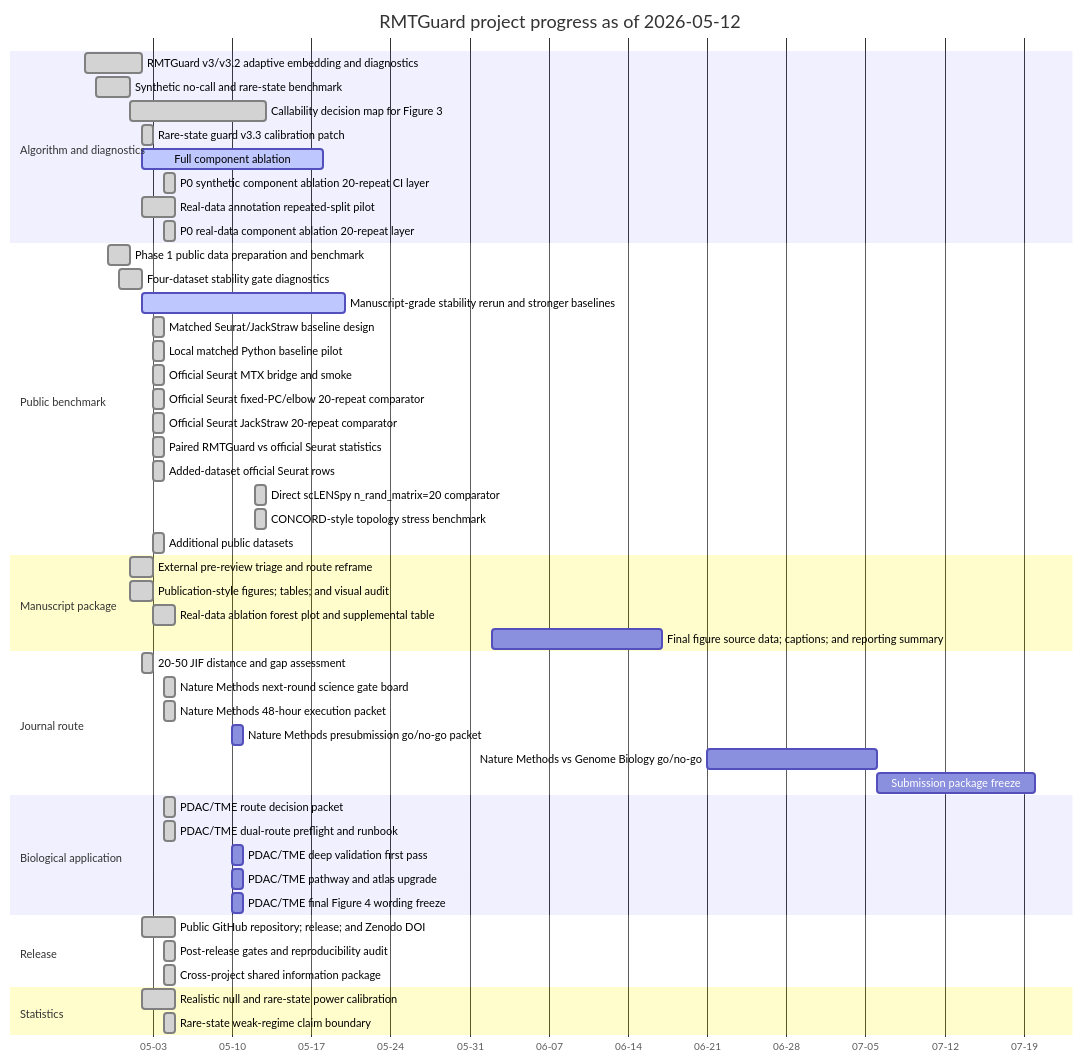
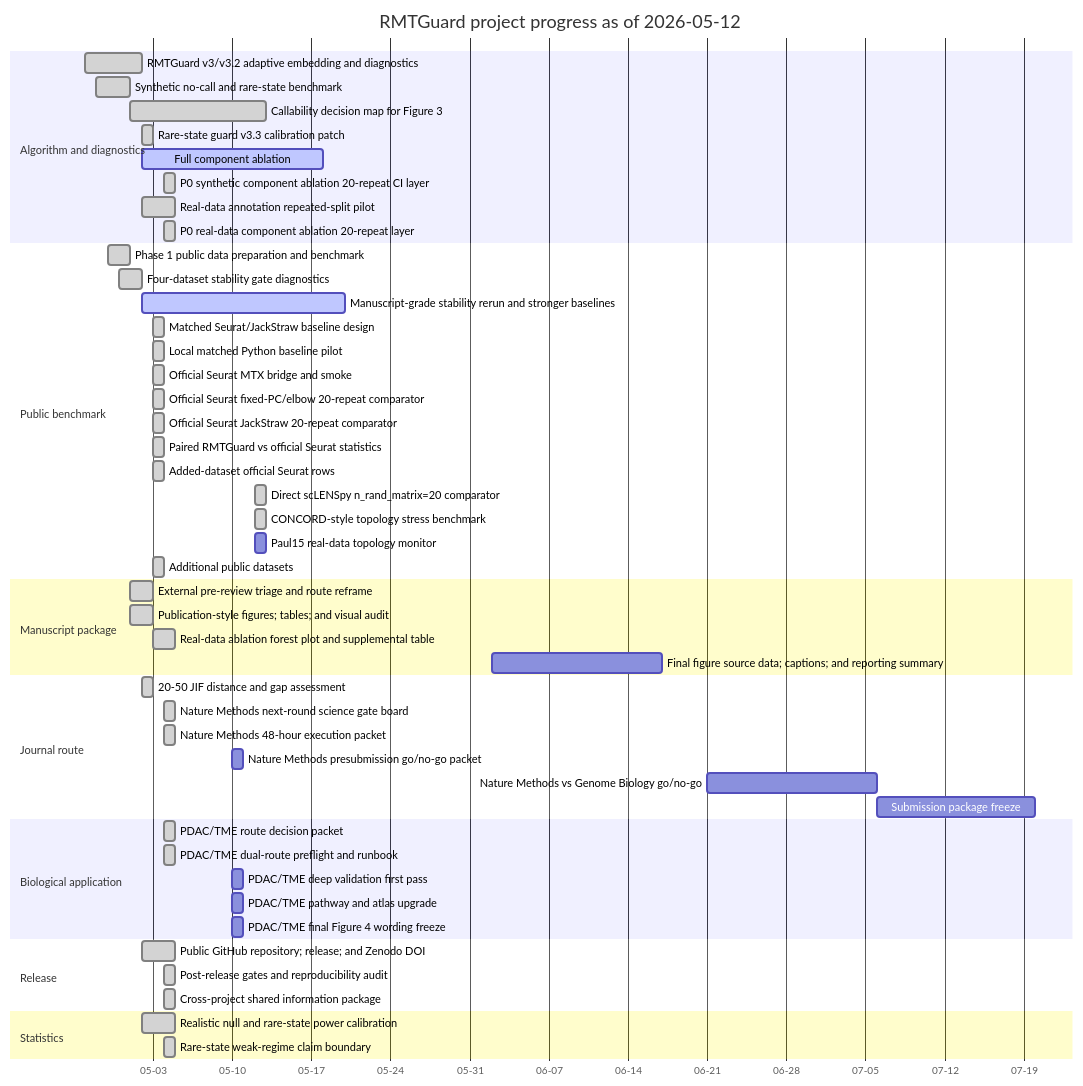
One commit to healthgreat/rmtguard changed the diagram in results/project_management/rmtguard_project_gantt.md. Above: the diagram before and after it, drawn with Mermaid. The commit also changed other lines of this file and 23 other files, not shown here.

Commit message:
Add Paul15 real-data topology monitor

````diff
--- a/results/project_management/rmtguard_project_gantt.md
+++ b/results/project_management/rmtguard_project_gantt.md
@@ -13,54 +13,55 @@
 ```mermaid
 gantt
     title RMTGuard project progress as of 2026-05-12
     dateFormat  YYYY-MM-DD
     axisFormat  %m-%d
     section Algorithm and diagnostics
     RMTGuard v3/v3.2 adaptive embedding and diagnostics :done, T01, 2026-04-27, 5d
     Synthetic no-call and rare-state benchmark :done, T02, 2026-04-28, 3d
     Callability decision map for Figure 3 :done, T03, 2026-05-01, 12d
     Rare-state guard v3.3 calibration patch :done, T04, 2026-05-02, 1d
     Full component ablation :active, T18, 2026-05-02, 16d
     P0 synthetic component ablation 20-repeat CI layer :done, T19, 2026-05-04, 1d
     Real-data annotation repeated-split pilot :done, T20, 2026-05-02, 3d
     P0 real-data component ablation 20-repeat layer :done, T21, 2026-05-04, 1d
     section Public benchmark
     Phase 1 public data preparation and benchmark :done, T05, 2026-04-29, 2d
     Four-dataset stability gate diagnostics :done, T06, 2026-04-30, 2d
     Manuscript-grade stability rerun and stronger baselines :active, T17, 2026-05-02, 18d
     Matched Seurat/JackStraw baseline design :done, T23, 2026-05-03, 1d
     Local matched Python baseline pilot :done, T24, 2026-05-03, 1d
     Official Seurat MTX bridge and smoke :done, T25, 2026-05-03, 1d
     Official Seurat fixed-PC/elbow 20-repeat comparator :done, T26, 2026-05-03, 1d
     Official Seurat JackStraw 20-repeat comparator :done, T27, 2026-05-03, 1d
     Paired RMTGuard vs official Seurat statistics :done, T28, 2026-05-03, 1d
     Added-dataset official Seurat rows :done, T29, 2026-05-03, 1d
     Direct scLENSpy n_rand_matrix=20 comparator :done, T30, 2026-05-12, 1d
     CONCORD-style topology stress benchmark :done, T31, 2026-05-12, 1d
-    Additional public datasets :done, T35, 2026-05-03, 1d
+    Paul15 real-data topology monitor :T32, 2026-05-12, 1d
+    Additional public datasets :done, T36, 2026-05-03, 1d
     section Manuscript package
     External pre-review triage and route reframe :done, T07, 2026-05-01, 2d
     Publication-style figures; tables; and visual audit :done, T08, 2026-05-01, 2d
     Real-data ablation forest plot and supplemental table :done, T22, 2026-05-03, 2d
-    Final figure source data; captions; and reporting summary :T36, 2026-06-02, 15d
+    Final figure source data; captions; and reporting summary :T37, 2026-06-02, 15d
     section Journal route
     20-50 JIF distance and gap assessment :done, T09, 2026-05-02, 1d
     Nature Methods next-round science gate board :done, T10, 2026-05-04, 1d
     Nature Methods 48-hour execution packet :done, T11, 2026-05-04, 1d
-    Nature Methods presubmission go/no-go packet :T39, 2026-05-10, 1d
-    Nature Methods vs Genome Biology go/no-go :T40, 2026-06-21, 15d
-    Submission package freeze :T41, 2026-07-06, 14d
+    Nature Methods presubmission go/no-go packet :T40, 2026-05-10, 1d
+    Nature Methods vs Genome Biology go/no-go :T41, 2026-06-21, 15d
+    Submission package freeze :T42, 2026-07-06, 14d
     section Biological application
     PDAC/TME route decision packet :done, T12, 2026-05-04, 1d
     PDAC/TME dual-route preflight and runbook :done, T13, 2026-05-04, 1d
-    PDAC/TME deep validation first pass :T32, 2026-05-10, 1d
-    PDAC/TME pathway and atlas upgrade :T33, 2026-05-10, 1d
-    PDAC/TME final Figure 4 wording freeze :T34, 2026-05-10, 1d
+    PDAC/TME deep validation first pass :T33, 2026-05-10, 1d
+    PDAC/TME pathway and atlas upgrade :T34, 2026-05-10, 1d
+    PDAC/TME final Figure 4 wording freeze :T35, 2026-05-10, 1d
     section Release
     Public GitHub repository; release; and Zenodo DOI :done, T14, 2026-05-02, 3d
-    Post-release gates and reproducibility audit :done, T37, 2026-05-04, 1d
-    Cross-project shared information package :done, T38, 2026-05-04, 1d
+    Post-release gates and reproducibility audit :done, T38, 2026-05-04, 1d
+    Cross-project shared information package :done, T39, 2026-05-04, 1d
     section Statistics
     Realistic null and rare-state power calibration :done, T15, 2026-05-02, 3d
     Rare-state weak-regime claim boundary :done, T16, 2026-05-04, 1d
 ```
````
